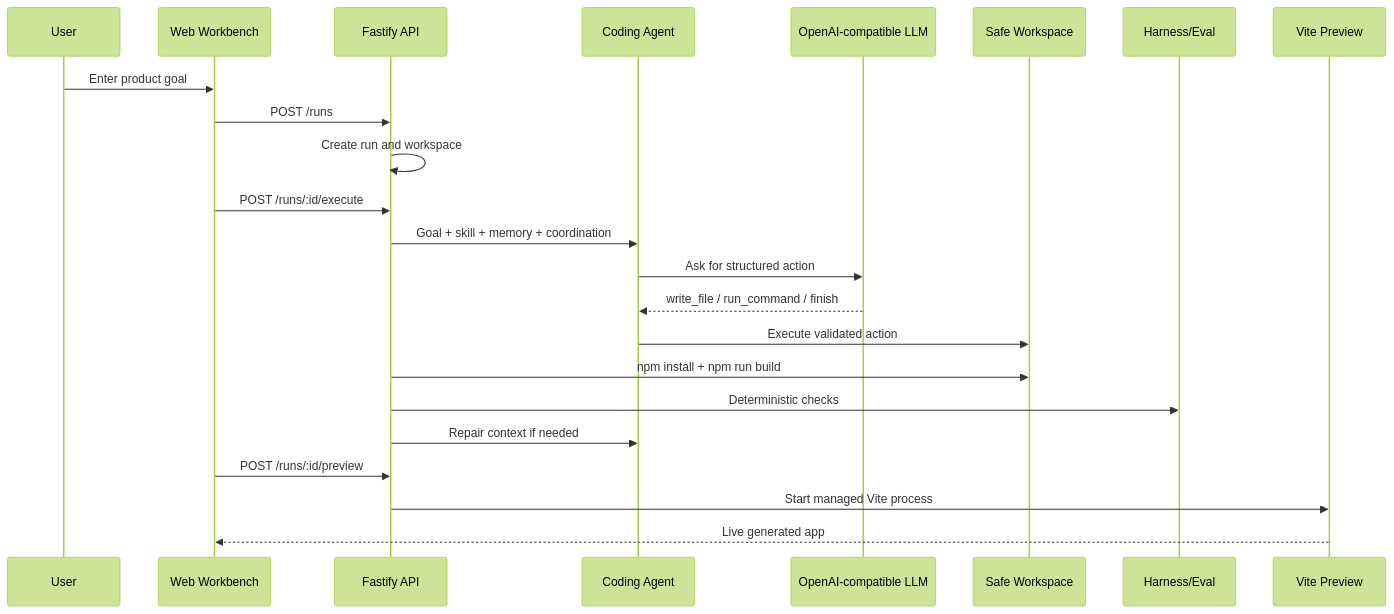
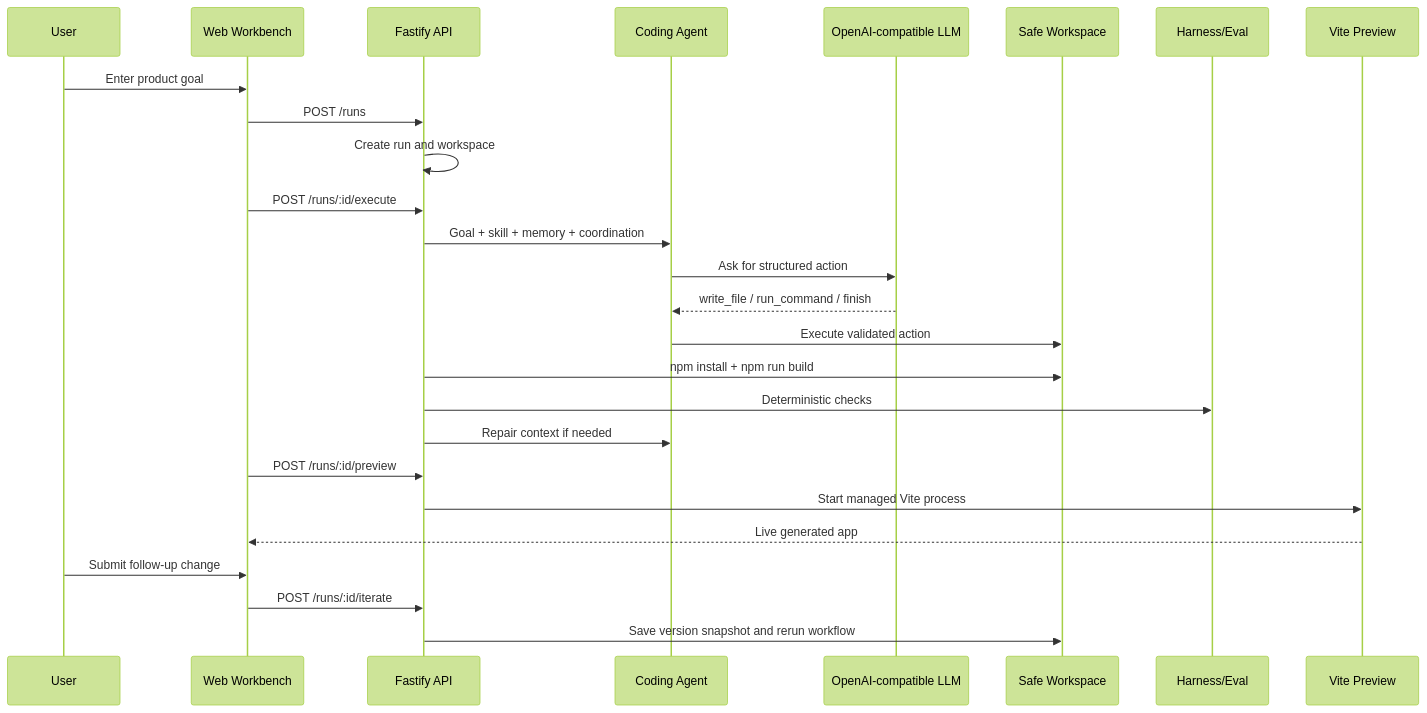
The first of 2 diagrams in README.md (Marvin725626/appforge-agent-platform), drawn with Mermaid (forest theme) before and after one commit. The commit also changed other lines of this file and 20 other files, not shown here.

````diff
--- a/README.md
+++ b/README.md
@@ -33,26 +34,29 @@
 ```mermaid
 sequenceDiagram
     participant User
     participant Web as Web Workbench
     participant API as Fastify API
     participant Agent as Coding Agent
     participant LLM as OpenAI-compatible LLM
     participant WS as Safe Workspace
     participant Eval as Harness/Eval
     participant Preview as Vite Preview
 
     User->>Web: Enter product goal
     Web->>API: POST /runs
     API->>API: Create run and workspace
     Web->>API: POST /runs/:id/execute
     API->>Agent: Goal + skill + memory + coordination
     Agent->>LLM: Ask for structured action
     LLM-->>Agent: write_file / run_command / finish
     Agent->>WS: Execute validated action
     API->>WS: npm install + npm run build
     API->>Eval: Deterministic checks
     API->>Agent: Repair context if needed
     Web->>API: POST /runs/:id/preview
     API->>Preview: Start managed Vite process
     Preview-->>Web: Live generated app
+    User->>Web: Submit follow-up change
+    Web->>API: POST /runs/:id/iterate
+    API->>WS: Save version snapshot and rerun workflow
 ```
````
